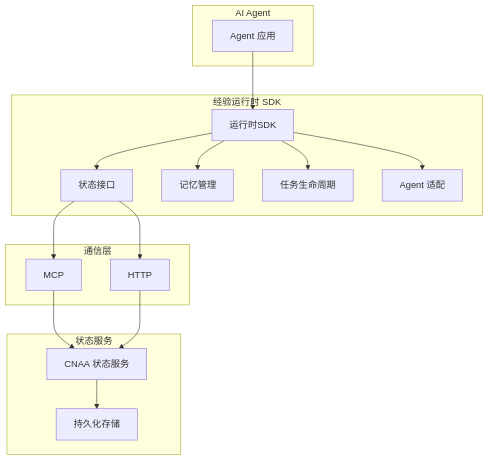
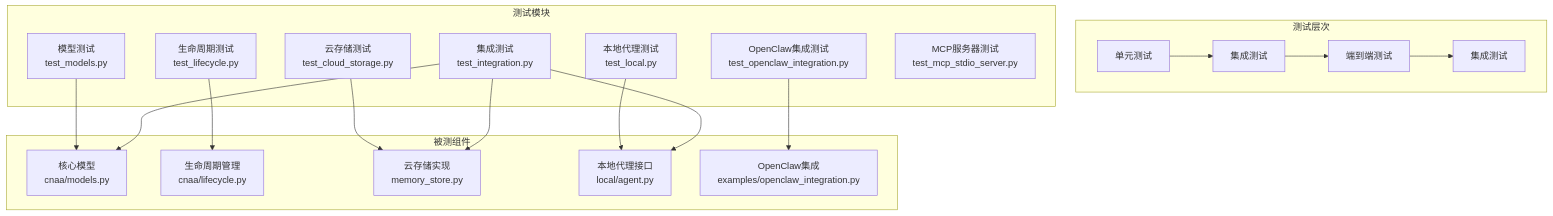
Before and after one commit to lgx236/CNAA-Cloud-Native-Agent-Architecture-: the diagram in .qoder/repowiki/zh/content/开发指南/测试指南/测试指南.md, drawn with Mermaid. The commit also changed other lines of this file and 99 other files, not shown here.

````diff
--- a/.qoder/repowiki/zh/content/开发指南/测试指南/测试指南.md
+++ b/.qoder/repowiki/zh/content/开发指南/测试指南/测试指南.md
@@ -68,31 +48,32 @@
 ```mermaid
 graph TB
-subgraph "AI Agent"
-AG["Agent 应用"]
+subgraph "测试层次"
+A["单元测试"] --> B["集成测试"]
+B --> C["端到端测试"]
+C --> D["集成测试"]
 end
-subgraph "经验运行时 SDK"
-RT["运行时SDK"]
-SI["状态接口"]
-MM["记忆管理"]
-TL["任务生命周期"]
-AA["Agent 适配"]
+subgraph "测试模块"
+E["模型测试<br/>test_models.py"]
+F["云存储测试<br/>test_cloud_storage.py"]
+G["本地代理测试<br/>test_local.py"]
+H["生命周期测试<br/>test_lifecycle.py"]
+I["集成测试<br/>test_integration.py"]
+J["OpenClaw集成测试<br/>test_openclaw_integration.py"]
+K["MCP服务器测试<br/>test_mcp_stdio_server.py"]
 end
-subgraph "通信层"
-MCP["MCP"]
-HTTP["HTTP"]
+subgraph "被测组件"
+L["核心模型<br/>cnaa/models.py"]
+M["生命周期管理<br/>cnaa/lifecycle.py"]
+N["云存储实现<br/>memory_store.py"]
+O["本地代理接口<br/>local/agent.py"]
+P["OpenClaw集成<br/>examples/openclaw_integration.py"]
 end
-subgraph "状态服务"
-SS["CNAA 状态服务"]
-PM["持久化存储"]
-end
-AG --> RT
-RT --> SI
-RT --> MM
-RT --> TL
-RT --> AA
-SI --> MCP
-SI --> HTTP
-MCP --> SS
-HTTP --> SS
-SS --> PM
+E --> L
+H --> M
+F --> N
+G --> O
+I --> L
+I --> N
+I --> O
+J --> P
 ```
````
